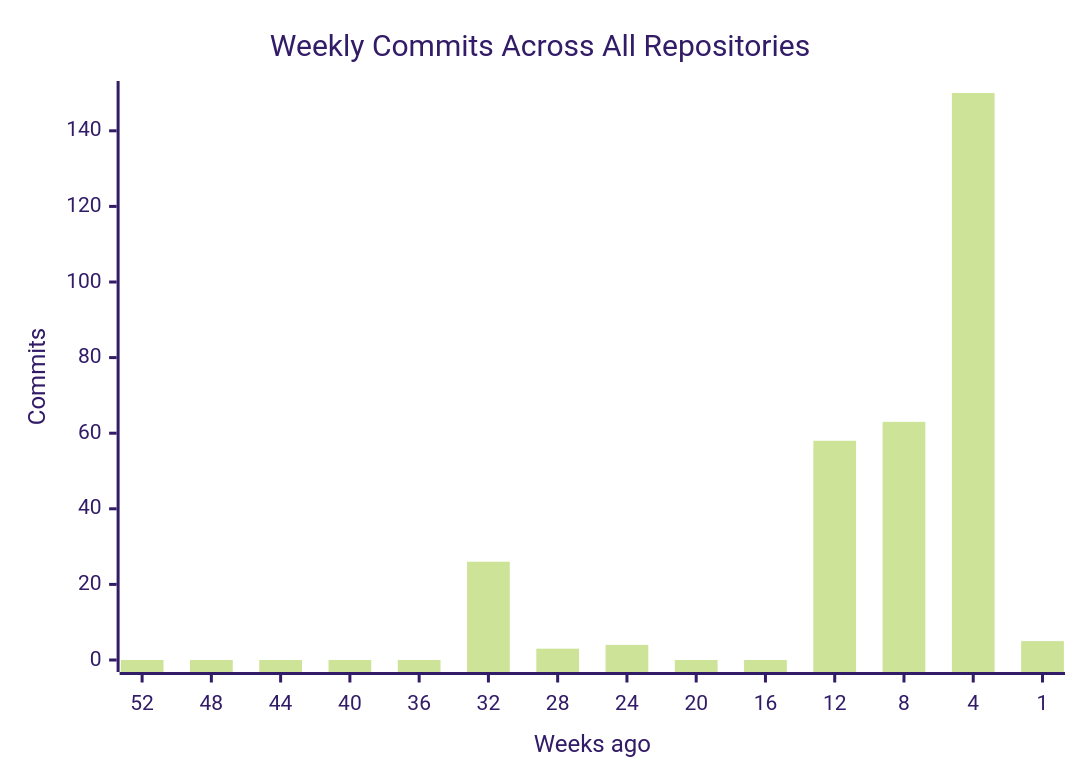
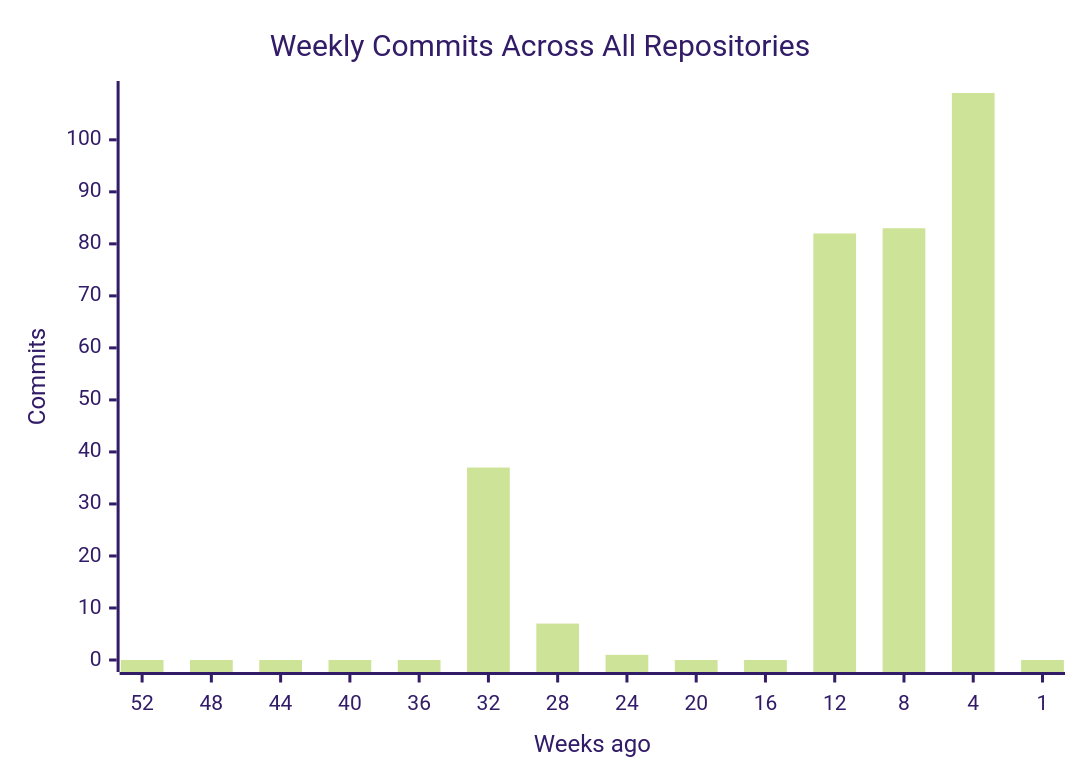
One commit to CSTH-Projects/.github changed the first of 4 diagrams in profile/README.md. Above: the diagram before and after it, drawn with Mermaid (forest theme). The commit also changed other lines of this file, not shown here.

````diff
--- a/profile/README.md
+++ b/profile/README.md
@@ -16,7 +16,7 @@
 ```mermaid
 xychart-beta
     title "Weekly Commits Across All Repositories"
     x-axis "Weeks ago" [52, 48, 44, 40, 36, 32, 28, 24, 20, 16, 12, 8, 4, 1]
     y-axis "Commits"
-    bar [0, 0, 0, 0, 0, 26, 3, 4, 0, 0, 58, 63, 150, 5]
+    bar [0, 0, 0, 0, 0, 37, 7, 1, 0, 0, 82, 83, 109, 0]
 ```
````
